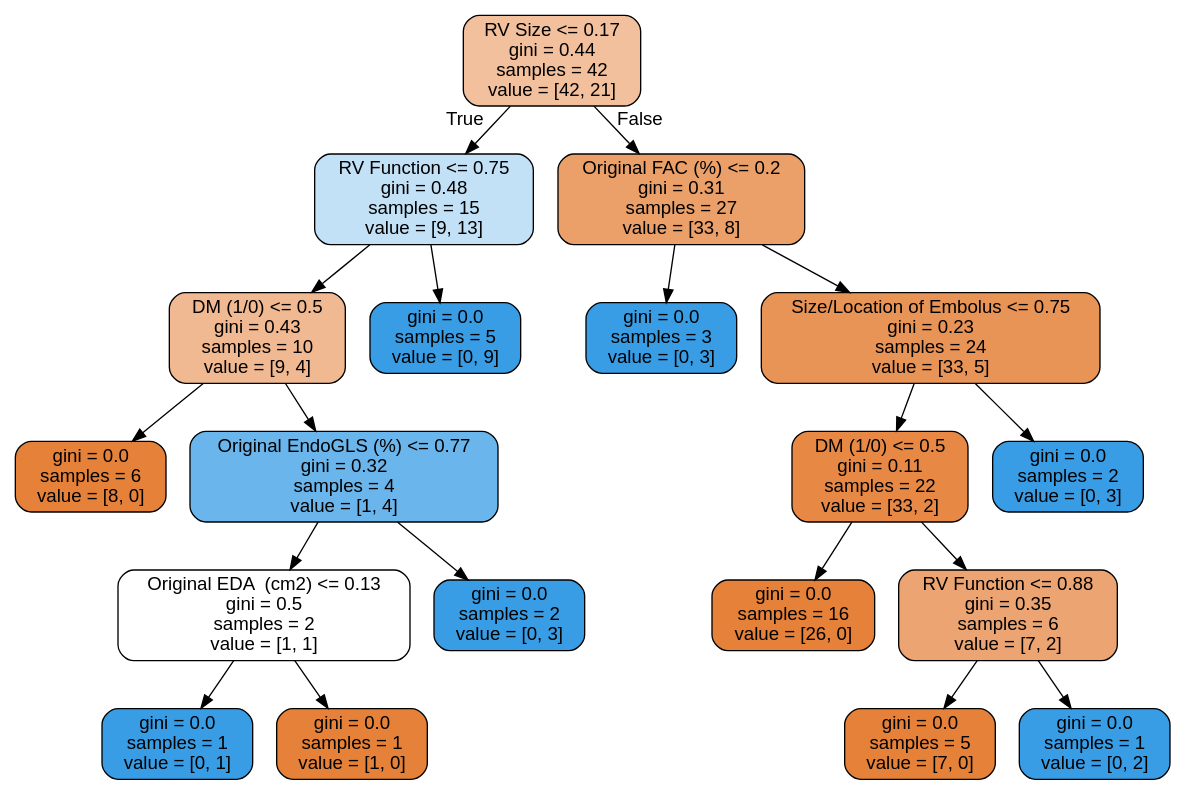
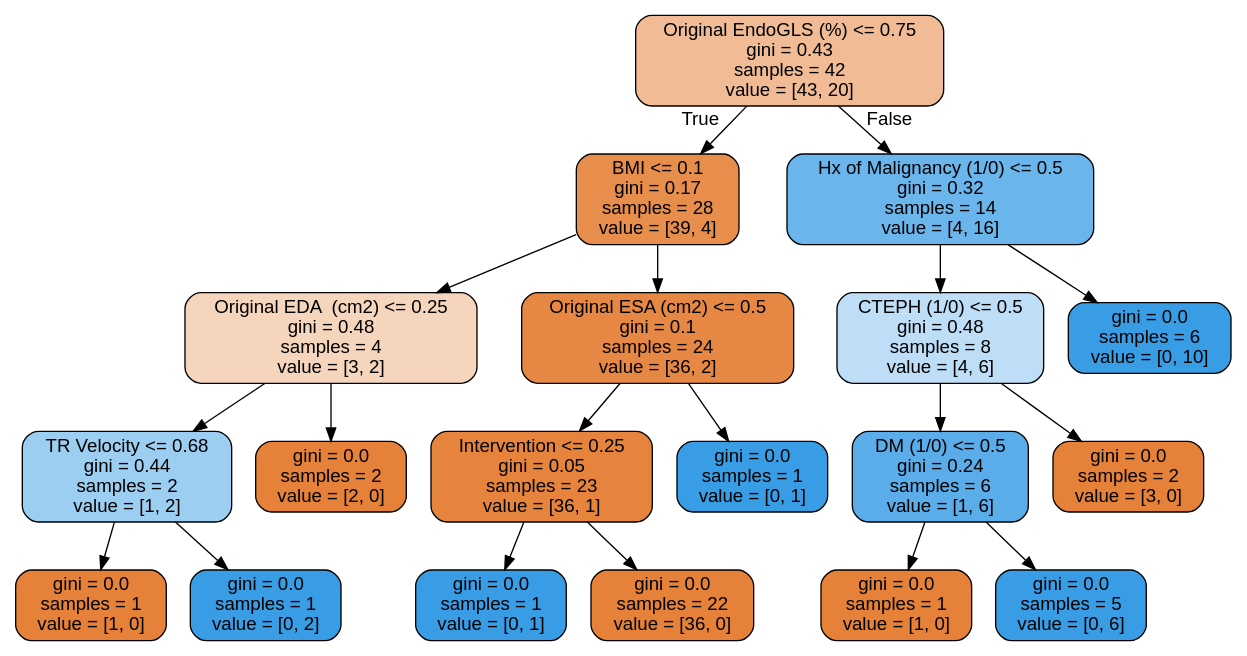
Before and after one commit to nitro41992/strain-analysis-pe-immortality: the diagram in tree.dot, drawn with Graphviz. The commit also changed 3 other files, not shown here.

```diff
--- a/tree.dot
+++ b/tree.dot
@@ -1,41 +1,41 @@
 digraph Tree {
 node [shape=box, style="filled, rounded", color="black", fontname=helvetica] ;
 edge [fontname=helvetica] ;
-0 [label="RV Size <= 0.17\ngini = 0.44\nsamples = 42\nvalue = [42, 21]", fillcolor="#f2c09c"] ;
-1 [label="RV Function <= 0.75\ngini = 0.48\nsamples = 15\nvalue = [9, 13]", fillcolor="#c2e1f7"] ;
+0 [label="Original EndoGLS (%) <= 0.75\ngini = 0.43\nsamples = 42\nvalue = [43, 20]", fillcolor="#f1bc95"] ;
+1 [label="BMI <= 0.1\ngini = 0.17\nsamples = 28\nvalue = [39, 4]", fillcolor="#e88e4d"] ;
 0 -> 1 [labeldistance=2.5, labelangle=45, headlabel="True"] ;
-2 [label="DM (1/0) <= 0.5\ngini = 0.43\nsamples = 10\nvalue = [9, 4]", fillcolor="#f1b991"] ;
+2 [label="Original EDA  (cm2) <= 0.25\ngini = 0.48\nsamples = 4\nvalue = [3, 2]", fillcolor="#f6d5bd"] ;
 1 -> 2 ;
-3 [label="gini = 0.0\nsamples = 6\nvalue = [8, 0]", fillcolor="#e58139"] ;
+3 [label="TR Velocity <= 0.68\ngini = 0.44\nsamples = 2\nvalue = [1, 2]", fillcolor="#9ccef2"] ;
 2 -> 3 ;
-4 [label="Original EndoGLS (%) <= 0.77\ngini = 0.32\nsamples = 4\nvalue = [1, 4]", fillcolor="#6ab6ec"] ;
-2 -> 4 ;
-5 [label="Original EDA  (cm2) <= 0.13\ngini = 0.5\nsamples = 2\nvalue = [1, 1]", fillcolor="#ffffff"] ;
-4 -> 5 ;
-6 [label="gini = 0.0\nsamples = 1\nvalue = [0, 1]", fillcolor="#399de5"] ;
-5 -> 6 ;
-7 [label="gini = 0.0\nsamples = 1\nvalue = [1, 0]", fillcolor="#e58139"] ;
-5 -> 7 ;
-8 [label="gini = 0.0\nsamples = 2\nvalue = [0, 3]", fillcolor="#399de5"] ;
-4 -> 8 ;
-9 [label="gini = 0.0\nsamples = 5\nvalue = [0, 9]", fillcolor="#399de5"] ;
-1 -> 9 ;
-10 [label="Original FAC (%) <= 0.2\ngini = 0.31\nsamples = 27\nvalue = [33, 8]", fillcolor="#eba069"] ;
-0 -> 10 [labeldistance=2.5, labelangle=-45, headlabel="False"] ;
-11 [label="gini = 0.0\nsamples = 3\nvalue = [0, 3]", fillcolor="#399de5"] ;
-10 -> 11 ;
-12 [label="Size/Location of Embolus <= 0.75\ngini = 0.23\nsamples = 24\nvalue = [33, 5]", fillcolor="#e99457"] ;
-10 -> 12 ;
-13 [label="DM (1/0) <= 0.5\ngini = 0.11\nsamples = 22\nvalue = [33, 2]", fillcolor="#e78945"] ;
+4 [label="gini = 0.0\nsamples = 1\nvalue = [1, 0]", fillcolor="#e58139"] ;
+3 -> 4 ;
+5 [label="gini = 0.0\nsamples = 1\nvalue = [0, 2]", fillcolor="#399de5"] ;
+3 -> 5 ;
+6 [label="gini = 0.0\nsamples = 2\nvalue = [2, 0]", fillcolor="#e58139"] ;
+2 -> 6 ;
+7 [label="Original ESA (cm2) <= 0.5\ngini = 0.1\nsamples = 24\nvalue = [36, 2]", fillcolor="#e68844"] ;
+1 -> 7 ;
+8 [label="Intervention <= 0.25\ngini = 0.05\nsamples = 23\nvalue = [36, 1]", fillcolor="#e6843e"] ;
+7 -> 8 ;
+9 [label="gini = 0.0\nsamples = 1\nvalue = [0, 1]", fillcolor="#399de5"] ;
+8 -> 9 ;
+10 [label="gini = 0.0\nsamples = 22\nvalue = [36, 0]", fillcolor="#e58139"] ;
+8 -> 10 ;
+11 [label="gini = 0.0\nsamples = 1\nvalue = [0, 1]", fillcolor="#399de5"] ;
+7 -> 11 ;
+12 [label="Hx of Malignancy (1/0) <= 0.5\ngini = 0.32\nsamples = 14\nvalue = [4, 16]", fillcolor="#6ab6ec"] ;
+0 -> 12 [labeldistance=2.5, labelangle=-45, headlabel="False"] ;
+13 [label="CTEPH (1/0) <= 0.5\ngini = 0.48\nsamples = 8\nvalue = [4, 6]", fillcolor="#bddef6"] ;
 12 -> 13 ;
-14 [label="gini = 0.0\nsamples = 16\nvalue = [26, 0]", fillcolor="#e58139"] ;
+14 [label="DM (1/0) <= 0.5\ngini = 0.24\nsamples = 6\nvalue = [1, 6]", fillcolor="#5aade9"] ;
 13 -> 14 ;
-15 [label="RV Function <= 0.88\ngini = 0.35\nsamples = 6\nvalue = [7, 2]", fillcolor="#eca572"] ;
-13 -> 15 ;
-16 [label="gini = 0.0\nsamples = 5\nvalue = [7, 0]", fillcolor="#e58139"] ;
-15 -> 16 ;
-17 [label="gini = 0.0\nsamples = 1\nvalue = [0, 2]", fillcolor="#399de5"] ;
-15 -> 17 ;
-18 [label="gini = 0.0\nsamples = 2\nvalue = [0, 3]", fillcolor="#399de5"] ;
+15 [label="gini = 0.0\nsamples = 1\nvalue = [1, 0]", fillcolor="#e58139"] ;
+14 -> 15 ;
+16 [label="gini = 0.0\nsamples = 5\nvalue = [0, 6]", fillcolor="#399de5"] ;
+14 -> 16 ;
+17 [label="gini = 0.0\nsamples = 2\nvalue = [3, 0]", fillcolor="#e58139"] ;
+13 -> 17 ;
+18 [label="gini = 0.0\nsamples = 6\nvalue = [0, 10]", fillcolor="#399de5"] ;
 12 -> 18 ;
 }
```
